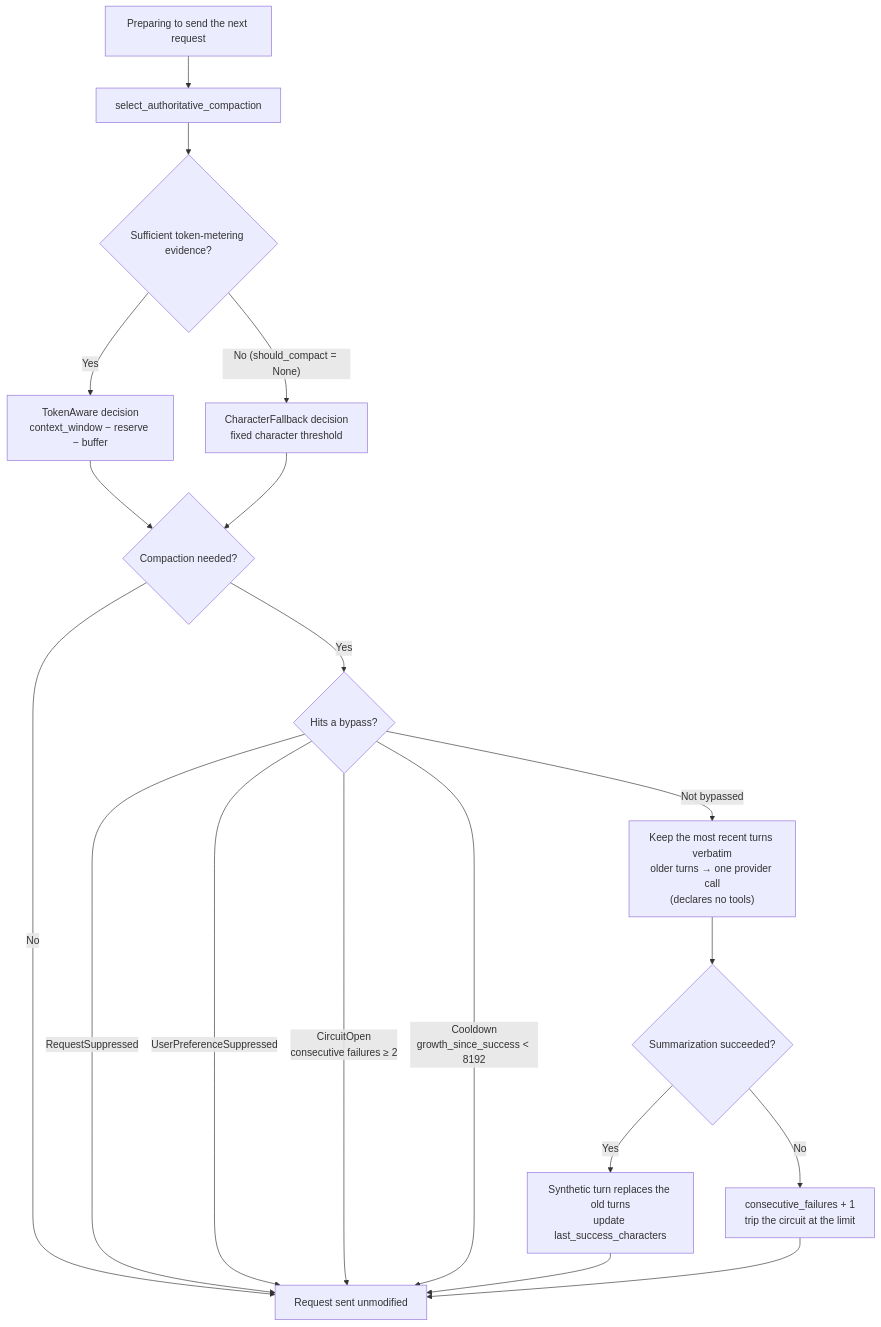
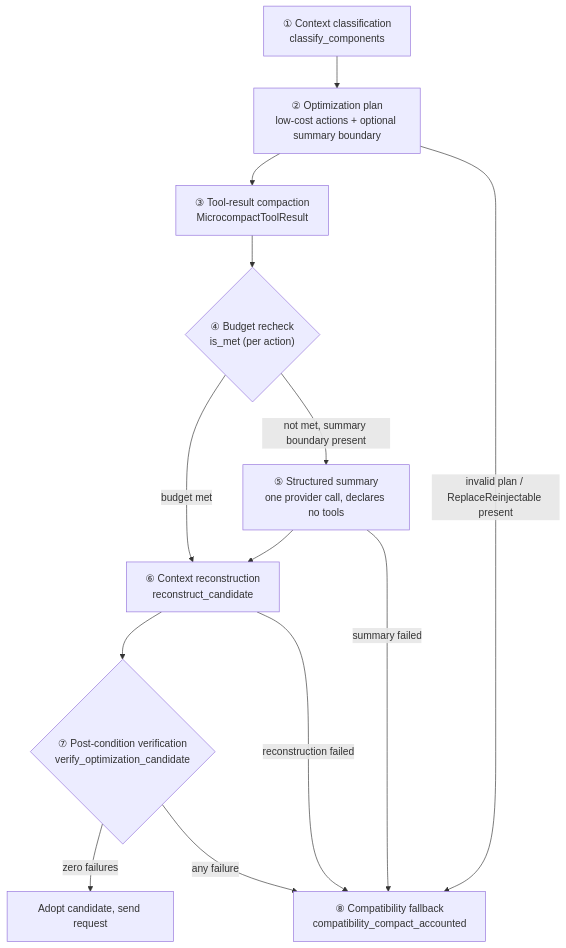
One commit to cdavid817/vanehub-ai changed the diagram in docs/developer-guide/src/context-compaction.md. Above: the diagram before and after it, drawn with Mermaid. The commit also changed other lines of this file and 80 other files, not shown here.

````diff
--- a/docs/developer-guide/src/context-compaction.md
+++ b/docs/developer-guide/src/context-compaction.md
@@ -5,21 +35,15 @@
 ```mermaid
 flowchart TB
-  REQ["Preparing to send the next request"] --> SEL["select_authoritative_compaction"]
-  SEL --> EV{"Sufficient token-metering evidence?"}
-  EV -->|"Yes"| TA["TokenAware decision<br/>context_window − reserve − buffer"]
-  EV -->|"No (should_compact = None)"| CF["CharacterFallback decision<br/>fixed character threshold"]
-  TA --> NEED{"Compaction needed?"}
-  CF --> NEED
-  NEED -->|"No"| SEND["Request sent unmodified"]
-  NEED -->|"Yes"| GATE{"Hits a bypass?"}
-  GATE -->|"RequestSuppressed"| SEND
-  GATE -->|"UserPreferenceSuppressed"| SEND
-  GATE -->|"CircuitOpen<br/>consecutive failures ≥ 2"| SEND
-  GATE -->|"Cooldown<br/>growth_since_success &lt; 8192"| SEND
-  GATE -->|"Not bypassed"| SUM["Keep the most recent turns verbatim<br/>older turns → one provider call<br/>(declares no tools)"]
-  SUM --> OK{"Summarization succeeded?"}
-  OK -->|"Yes"| UPD["Synthetic turn replaces the old turns<br/>update last_success_characters"]
-  OK -->|"No"| FAIL["consecutive_failures + 1<br/>trip the circuit at the limit"]
-  UPD --> SEND
-  FAIL --> SEND
+  CLASSIFY["① Context classification<br/>classify_components"] --> PLAN["② Optimization plan<br/>low-cost actions + optional summary boundary"]
+  PLAN --> MICRO["③ Tool-result compaction<br/>MicrocompactToolResult"]
+  MICRO --> CHECK{"④ Budget recheck<br/>is_met (per action)"}
+  CHECK -->|"budget met"| REBUILD
+  CHECK -->|"not met, summary boundary present"| SUM["⑤ Structured summary<br/>one provider call, declares no tools"]
+  SUM --> REBUILD["⑥ Context reconstruction<br/>reconstruct_candidate"]
+  REBUILD --> VERIFY{"⑦ Post-condition verification<br/>verify_optimization_candidate"}
+  VERIFY -->|"zero failures"| DONE["Adopt candidate, send request"]
+  VERIFY -->|"any failure"| FB["⑧ Compatibility fallback<br/>compatibility_compact_accounted"]
+  PLAN -->|"invalid plan / ReplaceReinjectable present"| FB
+  SUM -->|"summary failed"| FB
+  REBUILD -->|"reconstruction failed"| FB
 ```
````
